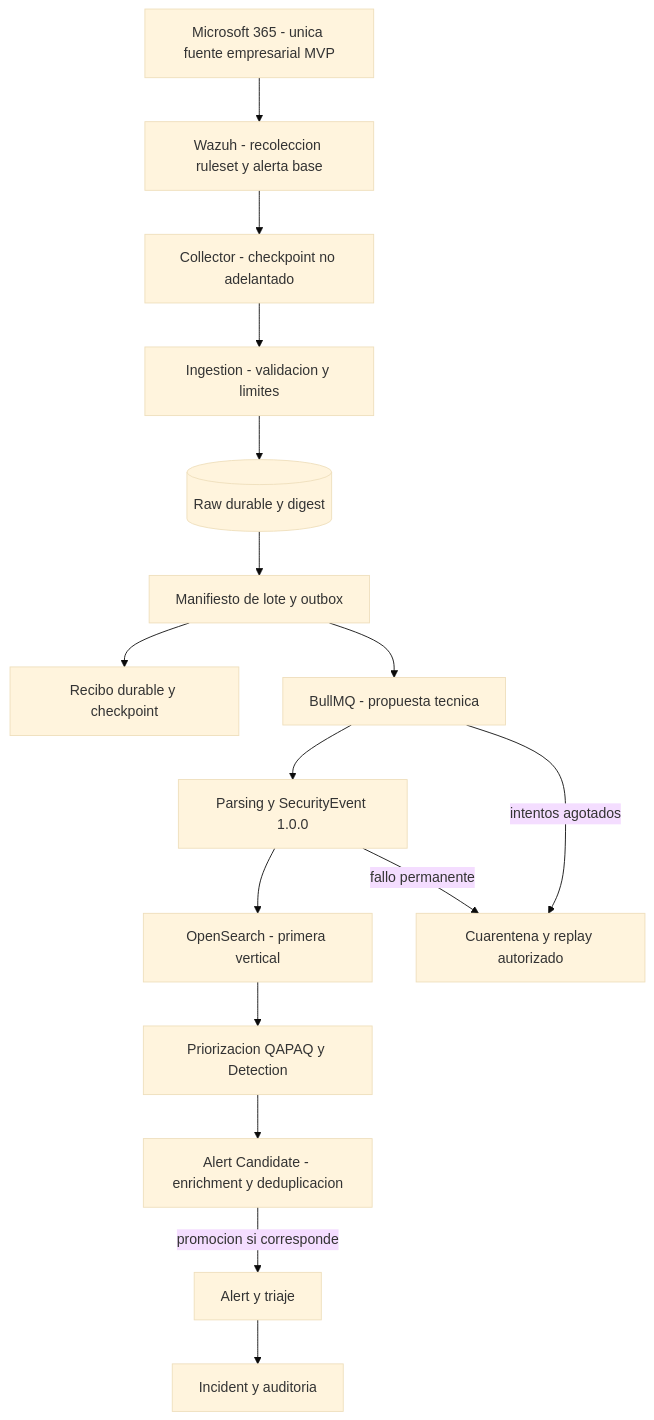
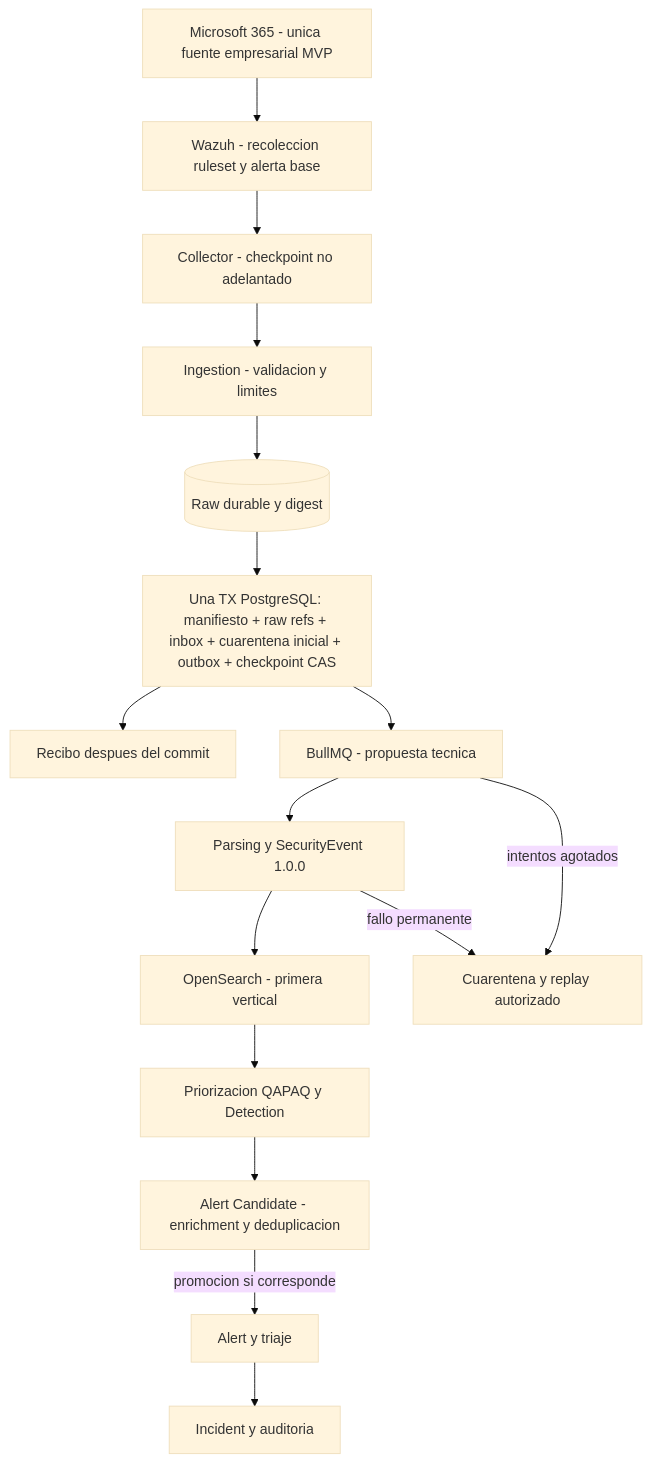
Before and after one commit to CyberStill-GmbH/qapaq-secops: the diagram in docs/diagrams/04-ingestion.mmd, drawn with Mermaid (base theme). The commit also changed 76 other files, not shown here.

```diff
--- a/docs/diagrams/04-ingestion.mmd
+++ b/docs/diagrams/04-ingestion.mmd
@@ -1,22 +1,22 @@
 flowchart TB
     SOURCE["Microsoft 365 - unica fuente empresarial MVP"]
     WAZUH["Wazuh - recoleccion ruleset y alerta base"]
     COL["Collector - checkpoint no adelantado"]
     ING["Ingestion - validacion y limites"]
     RAW[("Raw durable y digest")]
-    MAN["Manifiesto de lote y outbox"]
-    ACK["Recibo durable y checkpoint"]
+    MAN["Una TX PostgreSQL: manifiesto + raw refs + inbox + cuarentena inicial + outbox + checkpoint CAS"]
+    ACK["Recibo despues del commit"]
     QUEUE["BullMQ - propuesta tecnica"]
     NORM["Parsing y SecurityEvent 1.0.0"]
     IDX["OpenSearch - primera vertical"]
     ANA["Priorizacion QAPAQ y Detection"]
     CAND["Alert Candidate - enrichment y deduplicacion"]
     ALERT["Alert y triaje"]
     SOC["Incident y auditoria"]
     BAD["Cuarentena y replay autorizado"]
     SOURCE --> WAZUH --> COL --> ING --> RAW --> MAN
     MAN --> ACK
     MAN --> QUEUE --> NORM --> IDX --> ANA --> CAND
     CAND -->|promocion si corresponde| ALERT --> SOC
     NORM -->|fallo permanente| BAD
     QUEUE -->|intentos agotados| BAD
```
